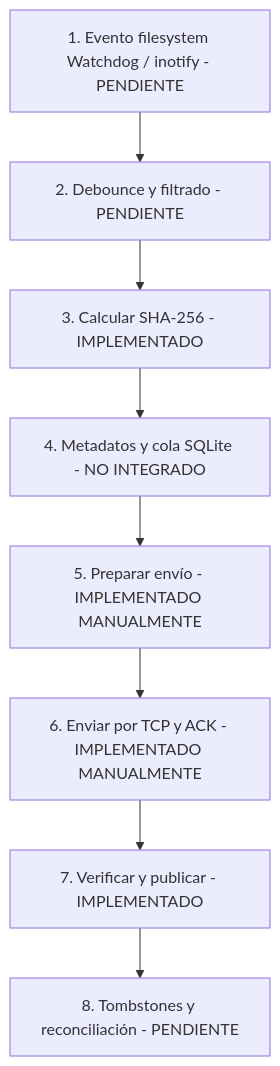
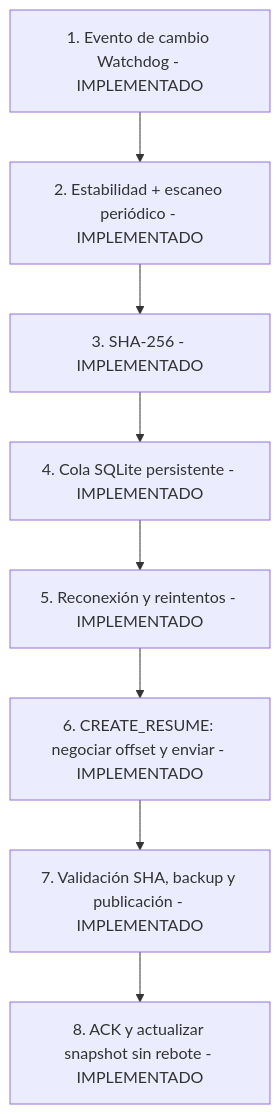
The diagram in documentacion/diagramas/fuentes_mermaid/flujo_sincronizacion_8_etapas.mmd (Codeforgeettttt/localsync-lan-engine_SistemasOperativos_G1), drawn with Mermaid before and after one commit.

Commit message:
docs(diagrams): actualizar flujos de sincronización automáticos implementados

```diff
--- a/documentacion/diagramas/fuentes_mermaid/flujo_sincronizacion_8_etapas.mmd
+++ b/documentacion/diagramas/fuentes_mermaid/flujo_sincronizacion_8_etapas.mmd
@@ -1,18 +1,11 @@
-%% DISEÑO FUTURO: sincronización automática, NO implementada.
-%% El flujo muestra requisitos propuestos; la transferencia TCP actual es manual.
+%% Flujo actual de replicación; solo el consenso multimaestro permanece fuera de alcance.
 flowchart TD
-  A["1. Evento filesystem Watchdog / inotify - PENDIENTE"]
-  B["2. Debounce y filtrado - PENDIENTE"]
-  C["3. Calcular SHA-256 - IMPLEMENTADO"]
-  D["4. Metadatos y cola SQLite - NO INTEGRADO"]
-  E["5. Preparar envío - IMPLEMENTADO MANUALMENTE"]
-  F["6. Enviar por TCP y ACK - IMPLEMENTADO MANUALMENTE"]
-  G["7. Verificar y publicar - IMPLEMENTADO"]
-  H["8. Tombstones y reconciliación - PENDIENTE"]
-  A --> B
-  B --> C
-  C --> D
-  D --> E
-  E --> F
-  F --> G
-  G --> H
+  A["1. Evento de cambio Watchdog - IMPLEMENTADO"]
+  B["2. Estabilidad + escaneo periódico - IMPLEMENTADO"]
+  C["3. SHA-256 - IMPLEMENTADO"]
+  D["4. Cola SQLite persistente - IMPLEMENTADO"]
+  E["5. Reconexión y reintentos - IMPLEMENTADO"]
+  F["6. CREATE_RESUME: negociar offset y enviar - IMPLEMENTADO"]
+  G["7. Validación SHA, backup y publicación - IMPLEMENTADO"]
+  H["8. ACK y actualizar snapshot sin rebote - IMPLEMENTADO"]
+  A --> B --> C --> D --> E --> F --> G --> H
```
